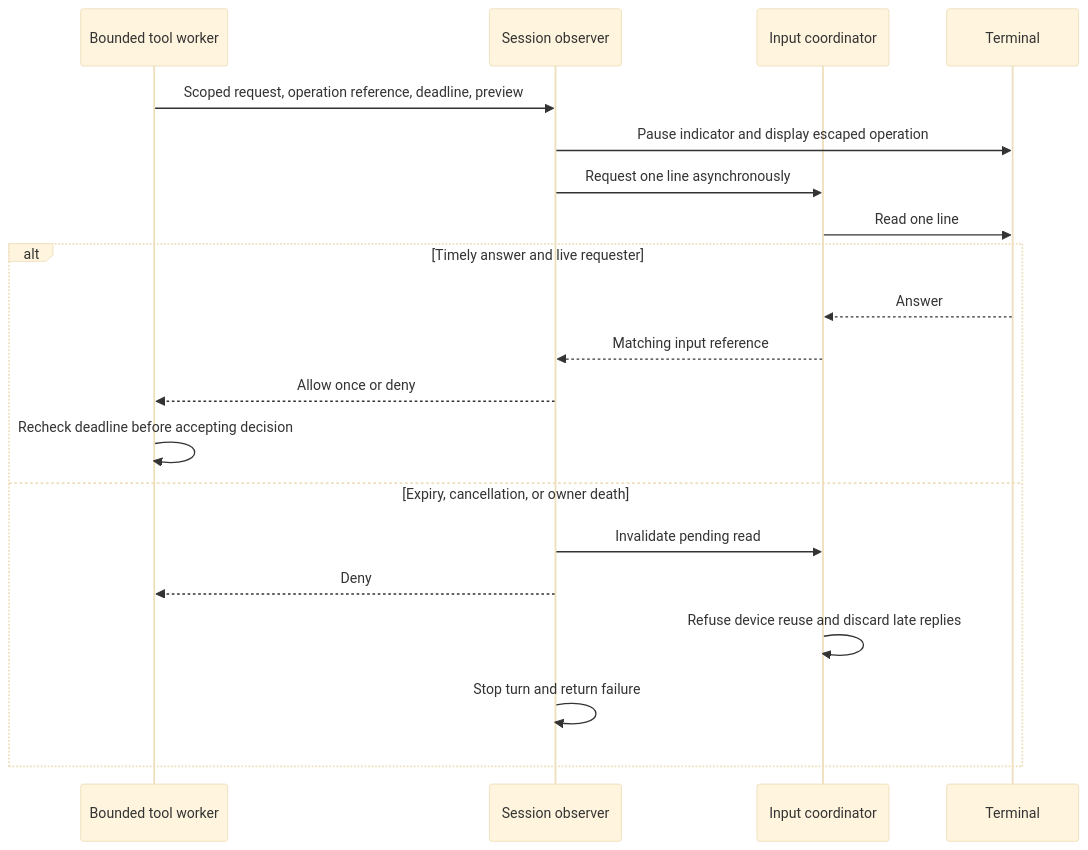
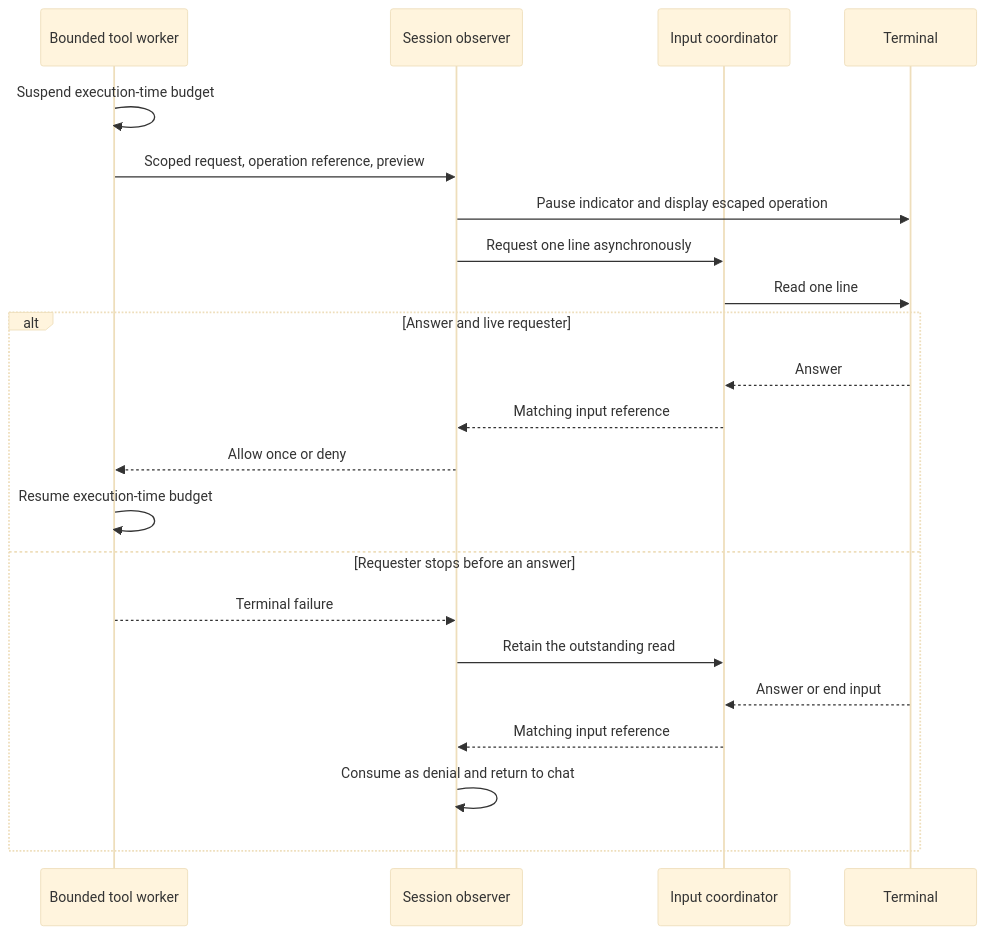
Before and after one commit to ccarvalho-eng/draught: the fourth of 11 diagrams in docs/architecture.md, drawn with Mermaid (base theme). The commit also changed other lines of this file and 34 other files, not shown here.

````diff
--- a/docs/architecture.md
+++ b/docs/architecture.md
@@ -209,22 +210,24 @@
 ```mermaid
 sequenceDiagram
   participant Tool as Bounded tool worker
   participant CLI as Session observer
   participant Input as Input coordinator
   participant User as Terminal
-  Tool->>CLI: Scoped request, operation reference, deadline, preview
+  Tool->>Tool: Suspend execution-time budget
+  Tool->>CLI: Scoped request, operation reference, preview
   CLI->>User: Pause indicator and display escaped operation
   CLI->>Input: Request one line asynchronously
   Input->>User: Read one line
-  alt Timely answer and live requester
+  alt Answer and live requester
     User-->>Input: Answer
     Input-->>CLI: Matching input reference
     CLI-->>Tool: Allow once or deny
-    Tool->>Tool: Recheck deadline before accepting decision
-  else Expiry, cancellation, or owner death
-    CLI->>Input: Invalidate pending read
-    CLI-->>Tool: Deny
-    Input->>Input: Refuse device reuse and discard late replies
-    CLI->>CLI: Stop turn and return failure
+    Tool->>Tool: Resume execution-time budget
+  else Requester stops before an answer
+    Tool-->>CLI: Terminal failure
+    CLI->>Input: Retain the outstanding read
+    User-->>Input: Answer or end input
+    Input-->>CLI: Matching input reference
+    CLI->>CLI: Consume as denial and return to chat
   end
 ```
````
